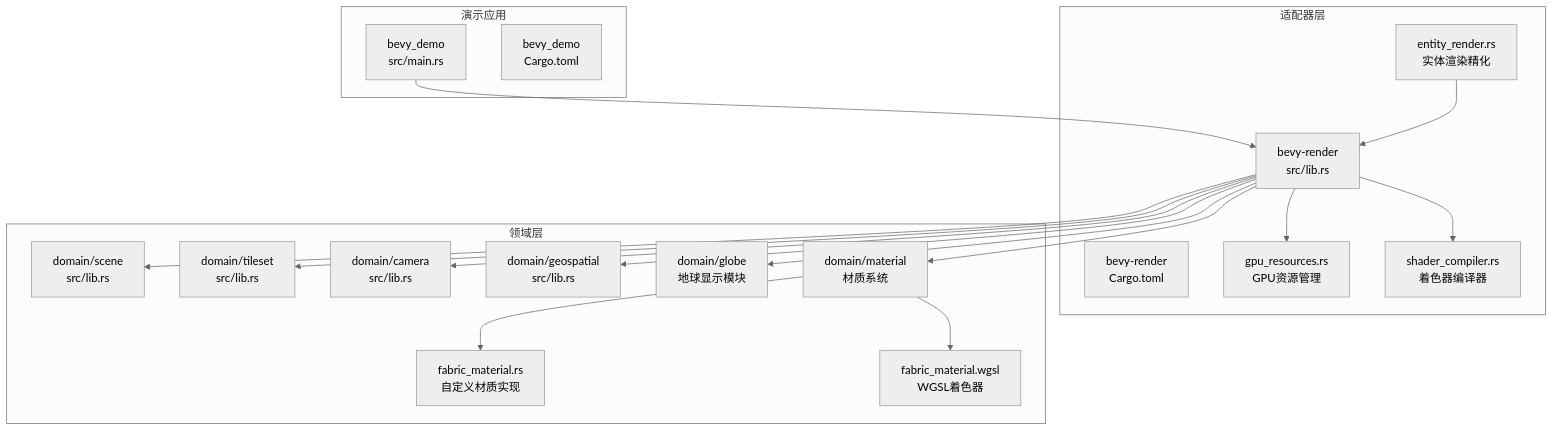
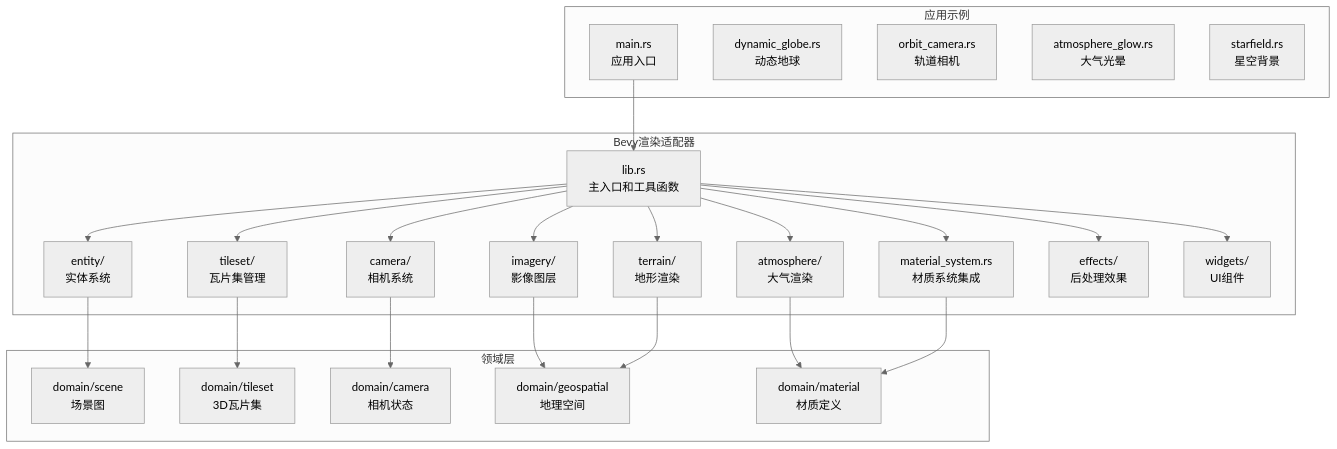
One commit to rzhangjing/cesium changed the first of 4 diagrams in .qoder/repowiki/zh/content/项目概述/核心特性/3D渲染引擎/Bevy渲染适配器.md. Above: the diagram before and after it, drawn with Mermaid (neutral theme). The commit also changed other lines of this file and 57 other files, not shown here.

````diff
--- a/.qoder/repowiki/zh/content/项目概述/核心特性/3D渲染引擎/Bevy渲染适配器.md
+++ b/.qoder/repowiki/zh/content/项目概述/核心特性/3D渲染引擎/Bevy渲染适配器.md
@@ -50,36 +51,46 @@
 ```mermaid
 graph TB
-subgraph "适配器层"
-A["bevy-render<br/>src/lib.rs"]
-B["bevy-render<br/>Cargo.toml"]
-C["entity_render.rs<br/>实体渲染精化"]
-D["gpu_resources.rs<br/>GPU资源管理"]
-E["shader_compiler.rs<br/>着色器编译器"]
+subgraph "Bevy渲染适配器"
+A["lib.rs<br/>主入口和工具函数"]
+B["camera/<br/>相机系统"]
+C["tileset/<br/>瓦片集管理"]
+D["atmosphere/<br/>大气渲染"]
+E["material_system.rs<br/>材质系统集成"]
+F["entity/<br/>实体系统"]
+G["imagery/<br/>影像图层"]
+H["terrain/<br/>地形渲染"]
+I["effects/<br/>后处理效果"]
+J["widgets/<br/>UI组件"]
 end
-subgraph "演示应用"
-F["bevy_demo<br/>src/main.rs"]
-G["bevy_demo<br/>Cargo.toml"]
+subgraph "应用示例"
+K["main.rs<br/>应用入口"]
+L["dynamic_globe.rs<br/>动态地球"]
+M["orbit_camera.rs<br/>轨道相机"]
+N["atmosphere_glow.rs<br/>大气光晕"]
+O["starfield.rs<br/>星空背景"]
 end
 subgraph "领域层"
-H["domain/scene<br/>src/lib.rs"]
-I["domain/tileset<br/>src/lib.rs"]
-J["domain/camera<br/>src/lib.rs"]
-K["domain/geospatial<br/>src/lib.rs"]
-L["domain/globe<br/>地球显示模块"]
-M["domain/material<br/>材质系统"]
-N["fabric_material.rs<br/>自定义材质实现"]
-O["fabric_material.wgsl<br/>WGSL着色器"]
+P["domain/scene<br/>场景图"]
+Q["domain/tileset<br/>3D瓦片集"]
+R["domain/camera<br/>相机状态"]
+S["domain/geospatial<br/>地理空间"]
+T["domain/material<br/>材质定义"]
 end
-F --> A
+K --> A
+A --> B
+A --> C
+A --> D
+A --> E
+A --> F
+A --> G
 A --> H
 A --> I
 A --> J
-A --> K
-A --> L
-A --> M
-M --> N
-M --> O
-A --> D
-A --> E
-C --> A
+B --> R
+C --> Q
+D --> T
+E --> T
+F --> P
+G --> S
+H --> S
 ```
````
